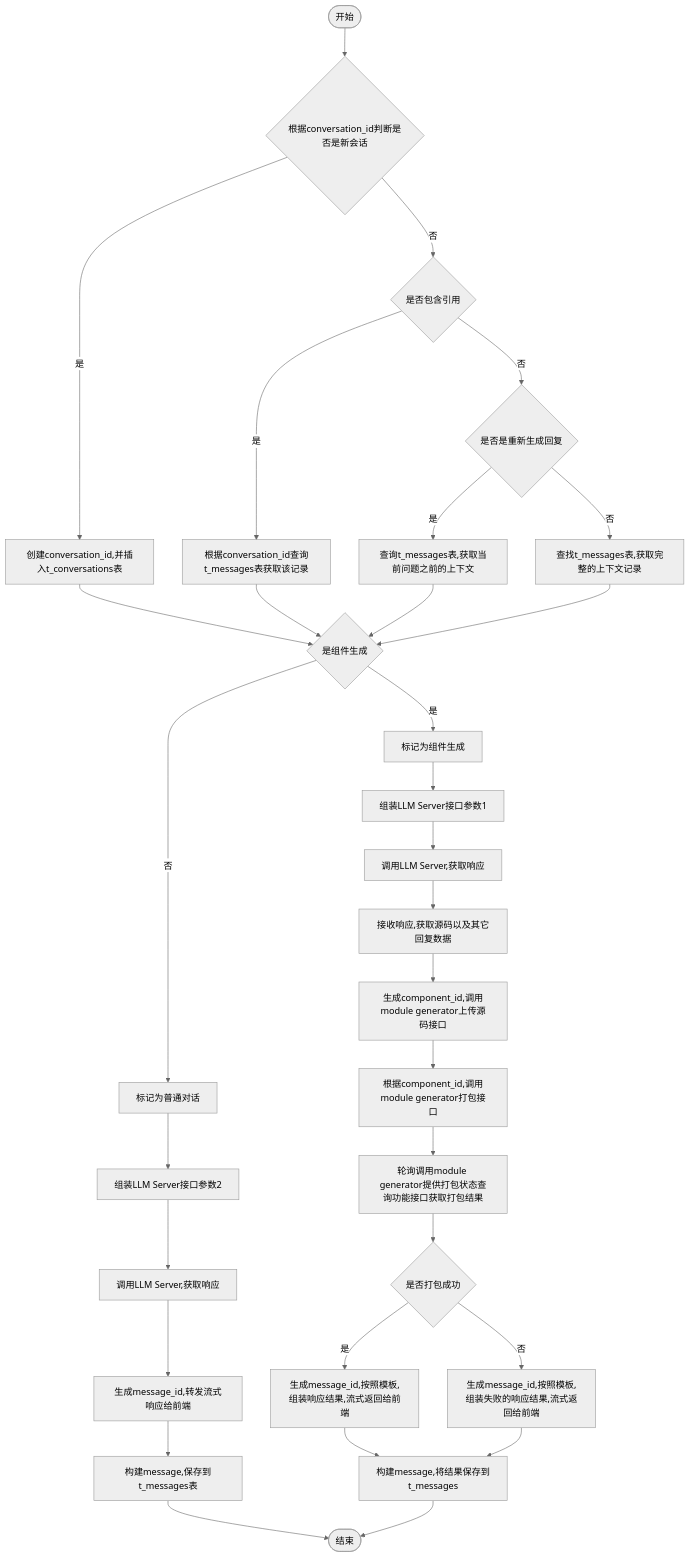
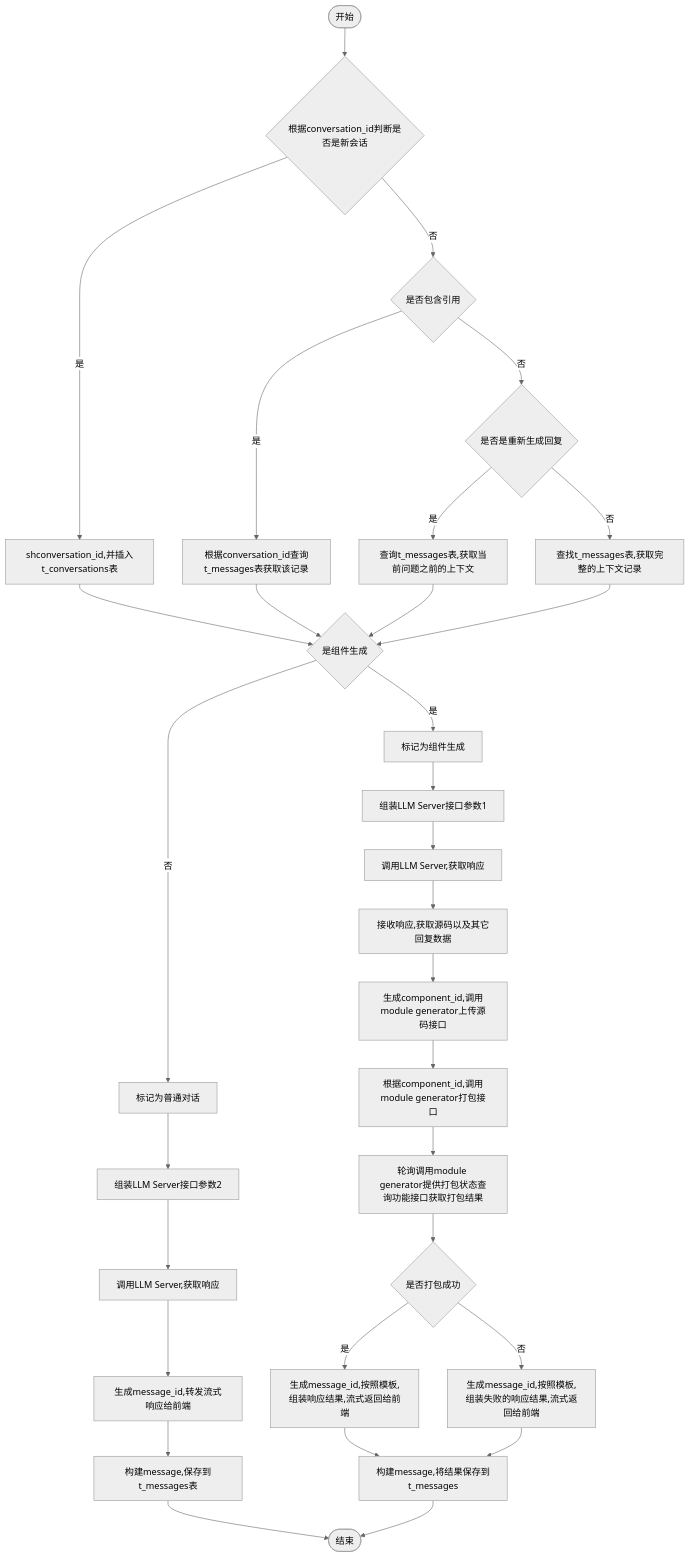
One commit to yingjianzh/iodraw-files changed the diagram in all/v0.1.0会话.md. Above: the diagram before and after it, drawn with Mermaid (neutral theme).

Commit message:
2024-10-12 17:12:22 update

````diff
--- a/all/v0.1.0会话.md
+++ b/all/v0.1.0会话.md
@@ -1,34 +1,34 @@
 ```mermaid
 flowchart TD
     A([开始]) --> B{根据conversation_id判断是否是新会话}
-    B -- 是 --> C[创建conversation_id,并插入t_conversations表]
+    B -- 是 --> C[shconversation_id,并插入t_conversations表]
     B -- 否 --> D{是否包含引用}
     D -- 是 --> E[根据conversation_id查询t_messages表获取该记录]
     D -- 否 --> F{是否是重新生成回复}
     F -- 是 --> G[查询t_messages表,获取当前问题之前的上下文]
     F -- 否 --> H[查找t_messages表,获取完整的上下文记录]
      
     C & E & G & H --> I{是组件生成}
     I -- 是 --> J[标记为组件生成]
     I -- 否 --> K[标记为普通对话]
 
     J --> L[组装LLM Server接口参数1]    
     K --> M[组装LLM Server接口参数2]    
     M --> N[调用LLM Server,获取响应]    
     N --> O[生成message_id,转发流式响应给前端]
     O --> P[构建message,保存到t_messages表]
     P --> R([结束])
 
 
     L --> S[调用LLM Server,获取响应]
     S --> T[接收响应,获取源码以及其它回复数据]
     T --> U[生成component_id,调用module generator上传源码接口]
     U --> V[根据component_id,调用module generator打包接口]
     V --> W[轮询调用module generator提供打包状态查询功能接口获取打包结果]
     W --> X{是否打包成功}
     X -- 是 --> Y[生成message_id,按照模板,组装响应结果,流式返回给前端]
     X -- 否 --> Z[生成message_id,按照模板,组装失败的响应结果,流式返回给前端]
 
     Y & Z --> Result[构建message,将结果保存到t_messages]
     Result --> R
 ```
````
